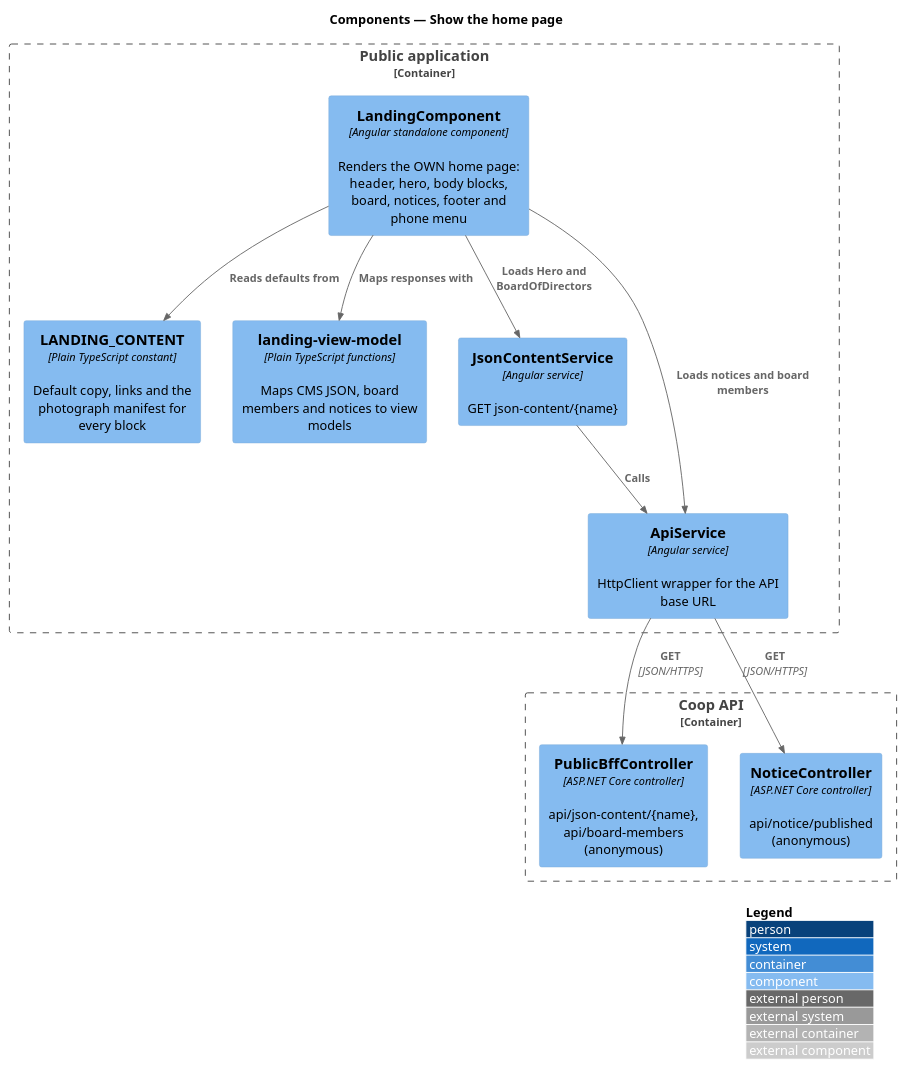
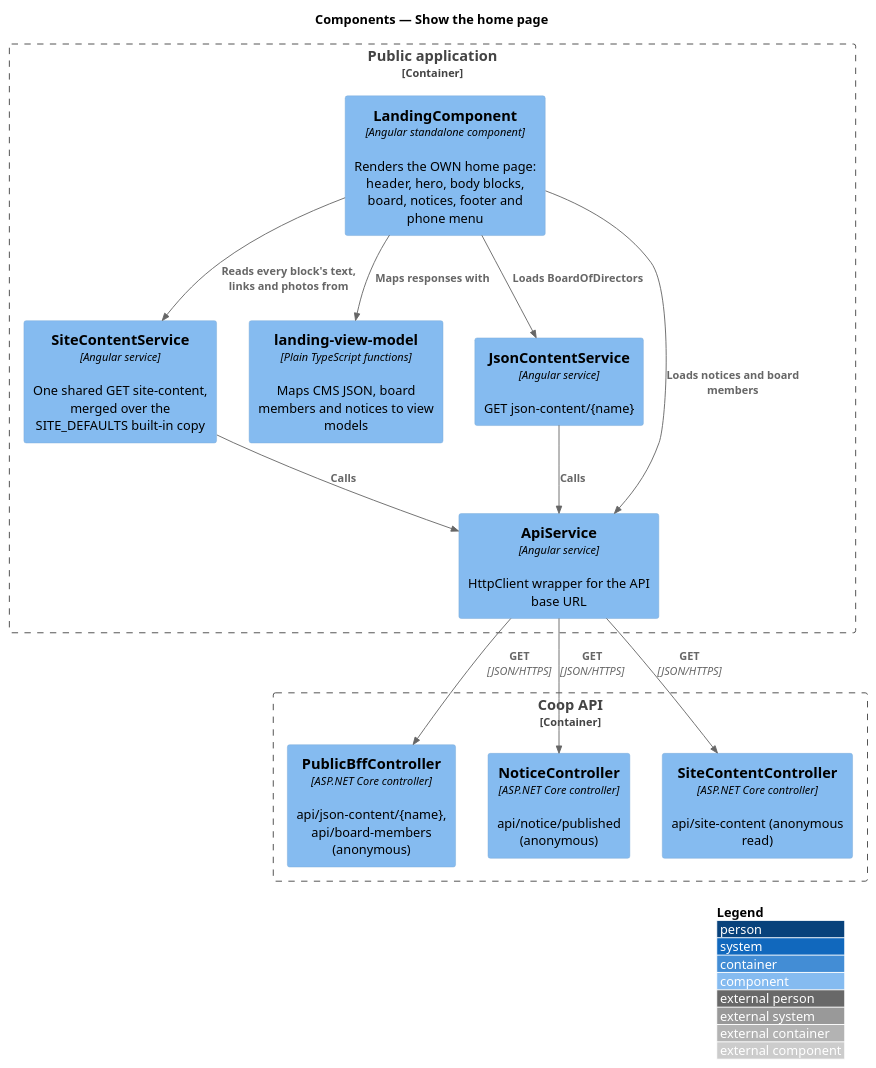
The diagram in docs/detailed-designs/public-app/show-home-page/diagrams/c4-component.puml (QuinntyneBrown/Coop), drawn with PlantUML before and after one commit. The commit also changed 149 other files, not shown here.

```diff
--- a/docs/detailed-designs/public-app/show-home-page/diagrams/c4-component.puml
+++ b/docs/detailed-designs/public-app/show-home-page/diagrams/c4-component.puml
@@ -1,25 +1,28 @@
 @startuml
 !include <C4/C4_Component>
 LAYOUT_WITH_LEGEND()
 title Components — Show the home page
 
 Container_Boundary(public, "Public application") {
   Component(landing, "LandingComponent", "Angular standalone component", "Renders the OWN home page: header, hero, body blocks, board, notices, footer and phone menu")
-  Component(content, "LANDING_CONTENT", "Plain TypeScript constant", "Default copy, links and the photograph manifest for every block")
+  Component(content, "SiteContentService", "Angular service", "One shared GET site-content, merged over the SITE_DEFAULTS built-in copy")
   Component(vm, "landing-view-model", "Plain TypeScript functions", "Maps CMS JSON, board members and notices to view models")
   Component(jsonContent, "JsonContentService", "Angular service", "GET json-content/{name}")
   Component(apiService, "ApiService", "Angular service", "HttpClient wrapper for the API base URL")
 }
 Container_Boundary(api, "Coop API") {
   Component(bff, "PublicBffController", "ASP.NET Core controller", "api/json-content/{name}, api/board-members (anonymous)")
   Component(notice, "NoticeController", "ASP.NET Core controller", "api/notice/published (anonymous)")
+  Component(site, "SiteContentController", "ASP.NET Core controller", "api/site-content (anonymous read)")
 }
 
-Rel(landing, content, "Reads defaults from")
+Rel(landing, content, "Reads every block's text, links and photos from")
 Rel(landing, vm, "Maps responses with")
-Rel(landing, jsonContent, "Loads Hero and BoardOfDirectors")
+Rel(landing, jsonContent, "Loads BoardOfDirectors")
 Rel(landing, apiService, "Loads notices and board members")
 Rel(jsonContent, apiService, "Calls")
+Rel(content, apiService, "Calls")
 Rel(apiService, bff, "GET", "JSON/HTTPS")
 Rel(apiService, notice, "GET", "JSON/HTTPS")
+Rel(apiService, site, "GET", "JSON/HTTPS")
 @enduml
```
